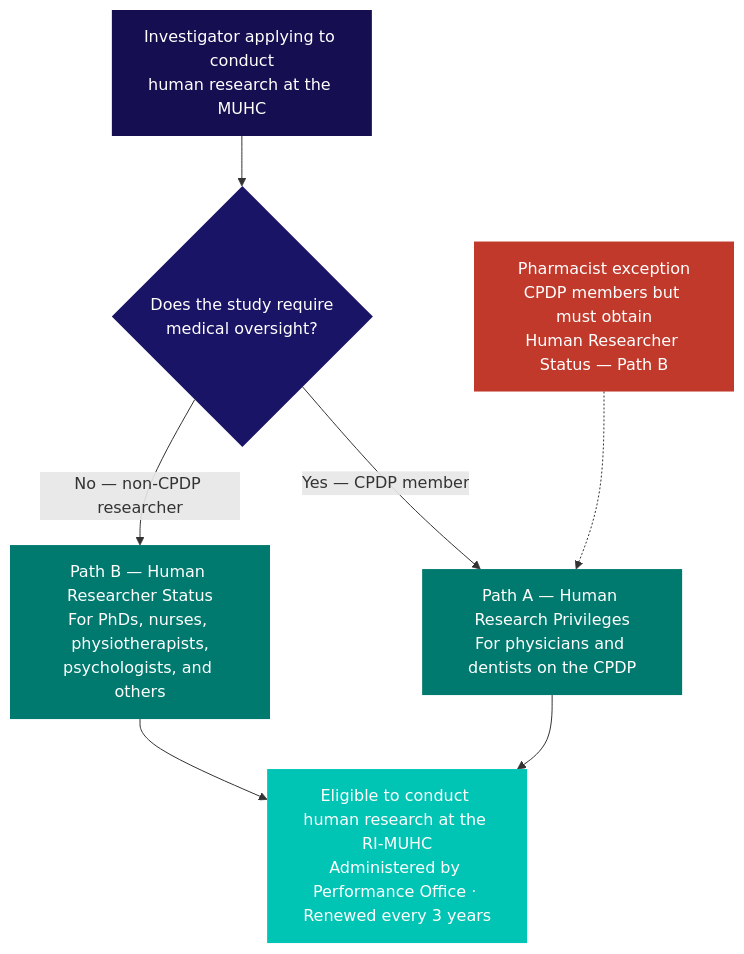
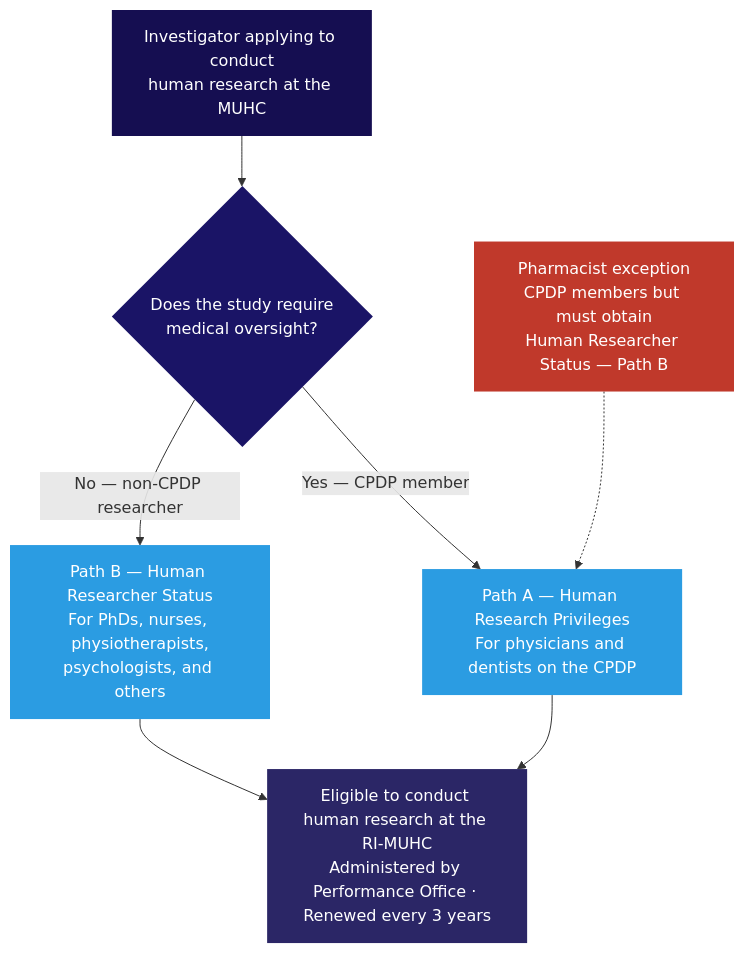
One commit to matthewfiorentino/docs changed the second of 2 diagrams in kb/governance/institutional-structure.mdx. Above: the diagram before and after it, drawn with Mermaid. The commit also changed other lines of this file and 36 other files, not shown here.

````diff
--- a/kb/governance/institutional-structure.mdx
+++ b/kb/governance/institutional-structure.mdx
@@ -99,22 +99,22 @@
 ```mermaid
 flowchart TD
     A["Investigator applying to conduct<br/>human research at the MUHC"]
     B{"Does the study require<br/>medical oversight?"}
     C["Path A — Human Research Privileges<br/>For physicians and dentists on the CPDP"]
     D["Path B — Human Researcher Status<br/>For PhDs, nurses, physiotherapists,<br/>psychologists, and others"]
     E["Pharmacist exception<br/>CPDP members but must obtain<br/>Human Researcher Status — Path B"]
     F["Eligible to conduct human research at the RI-MUHC<br/>Administered by Performance Office · Renewed every 3 years"]
     A --> B
     B -->|"Yes — CPDP member"| C
     B -->|"No — non-CPDP researcher"| D
     E -.-> C
     C --> F
     D --> F
 
     style A fill:#150e51,color:#fff,stroke:none
     style B fill:#1a1466,color:#fff,stroke:none
-    style C fill:#007a6e,color:#fff,stroke:none
-    style D fill:#007a6e,color:#fff,stroke:none
+    style C fill:#2b9ce2,color:#fff,stroke:none
+    style D fill:#2b9ce2,color:#fff,stroke:none
     style E fill:#c0392b,color:#fff,stroke:none
-    style F fill:#00c4b4,color:#fff,stroke:none
+    style F fill:#2b2666,color:#fff,stroke:none
 ```
````
